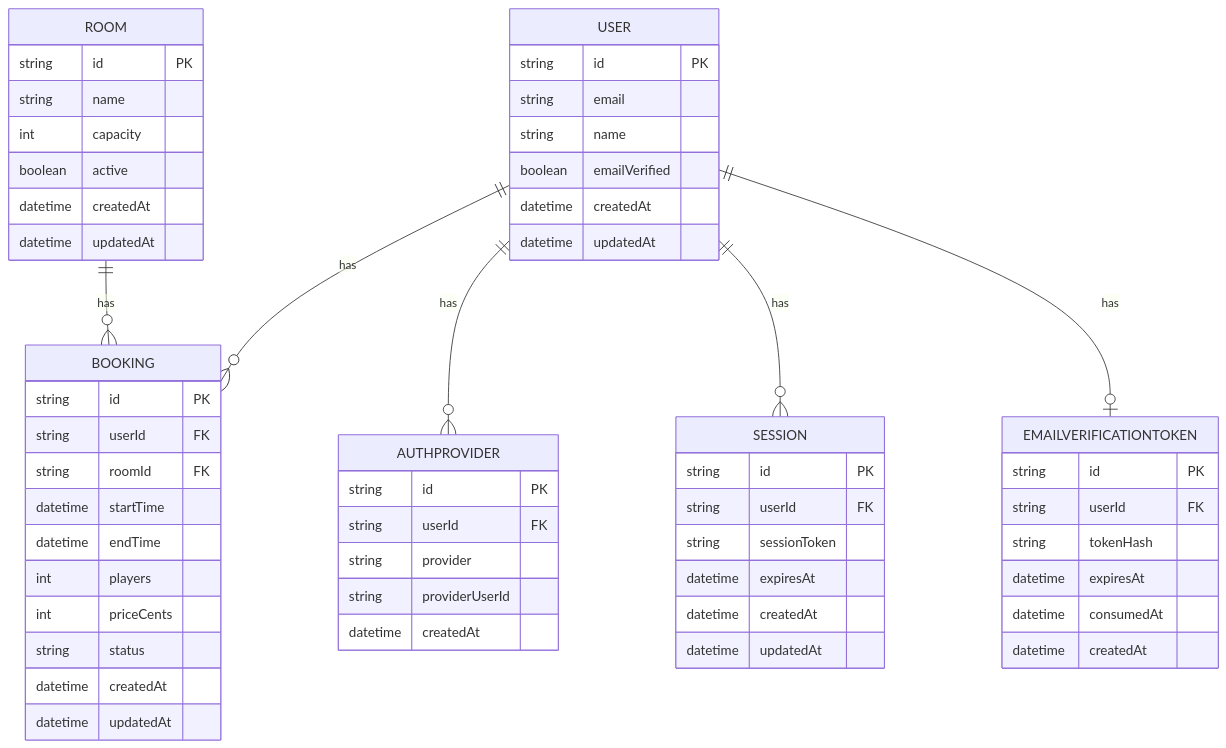
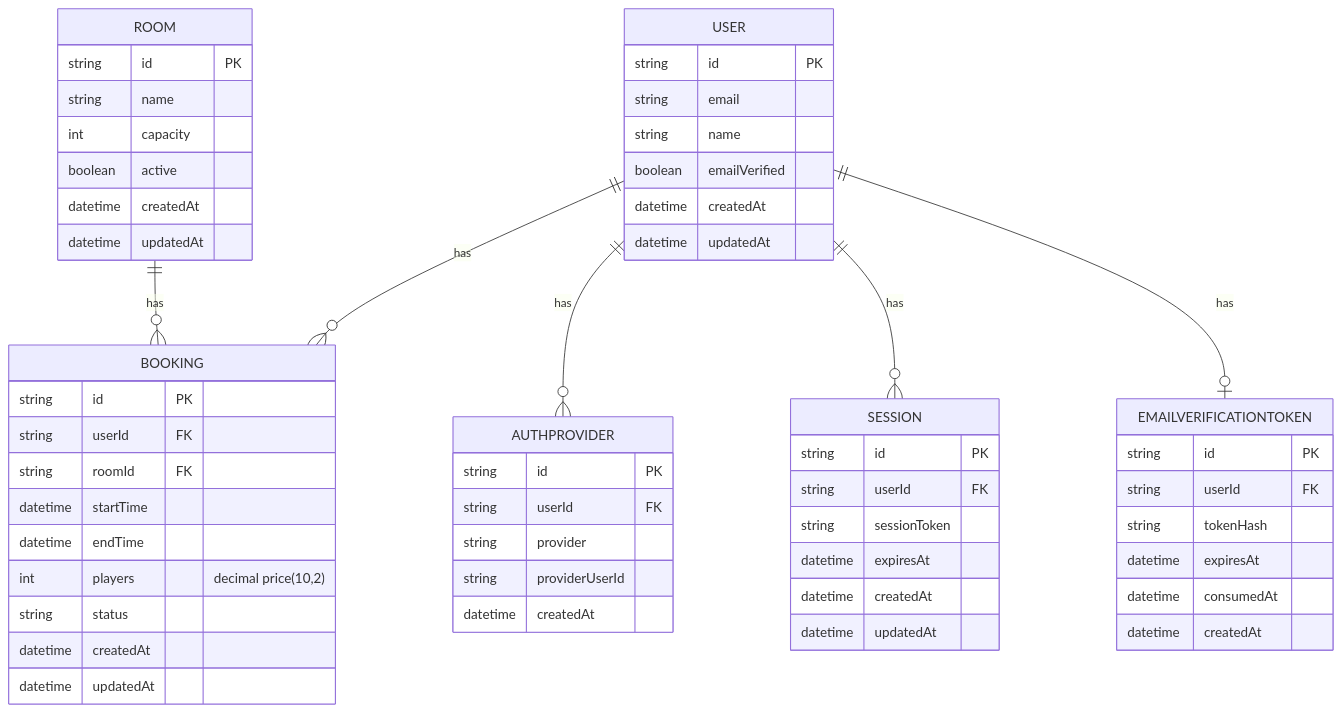
One commit to HanKyungSung/k-golf changed the third of 4 diagrams in docs/booking_availability_and_auth_proposal.md. Above: the diagram before and after it, drawn with Mermaid. The commit also changed other lines of this file, not shown here.

Commit message:
fixed the mermaid

````diff
--- a/docs/booking_availability_and_auth_proposal.md
+++ b/docs/booking_availability_and_auth_proposal.md
@@ -106,60 +106,60 @@
 ```mermaid
 erDiagram
   USER ||--o{ BOOKING : has
   ROOM ||--o{ BOOKING : has
   USER ||--o{ AUTHPROVIDER : has
   USER ||--o{ SESSION : has
   USER ||--o| EMAILVERIFICATIONTOKEN : has
 
   USER {
     string id PK
     string email
     string name
     boolean emailVerified
     datetime createdAt
     datetime updatedAt
   }
   ROOM {
     string id PK
     string name
     int capacity
     boolean active
     datetime createdAt
     datetime updatedAt
   }
   BOOKING {
     string id PK
     string userId FK
     string roomId FK
     datetime startTime
     datetime endTime
     int players
-    int priceCents
+    "decimal price(10,2)"
     string status
     datetime createdAt
     datetime updatedAt
   }
   AUTHPROVIDER {
     string id PK
     string userId FK
     string provider
     string providerUserId
     datetime createdAt
   }
   SESSION {
     string id PK
     string userId FK
     string sessionToken
     datetime expiresAt
     datetime createdAt
     datetime updatedAt
   }
   EMAILVERIFICATIONTOKEN {
     string id PK
     string userId FK
     string tokenHash
     datetime expiresAt
     datetime consumedAt
     datetime createdAt
   }
 ```
````
